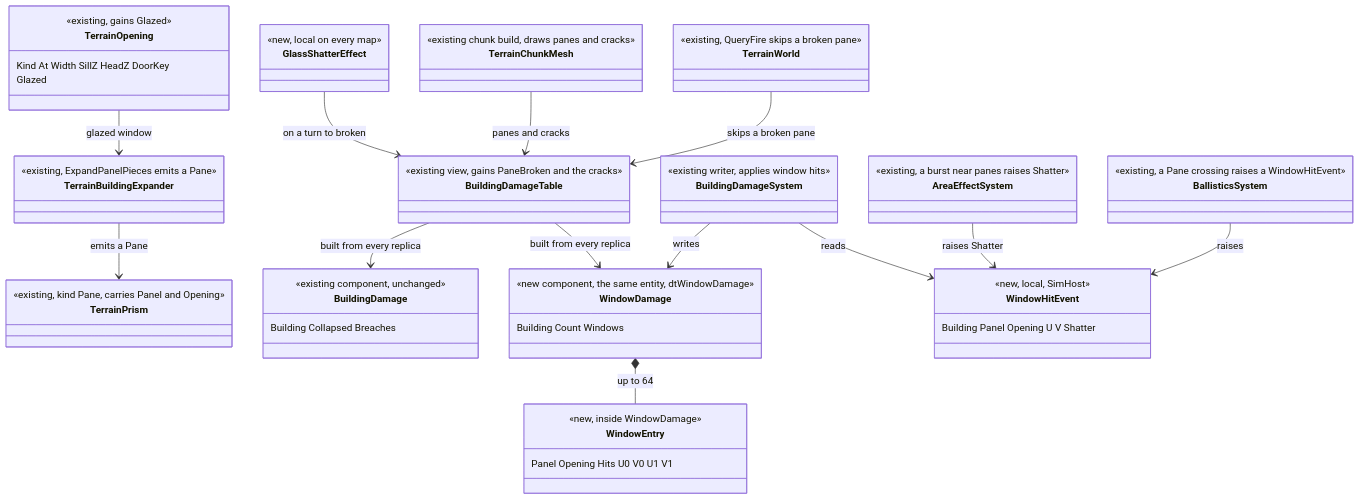
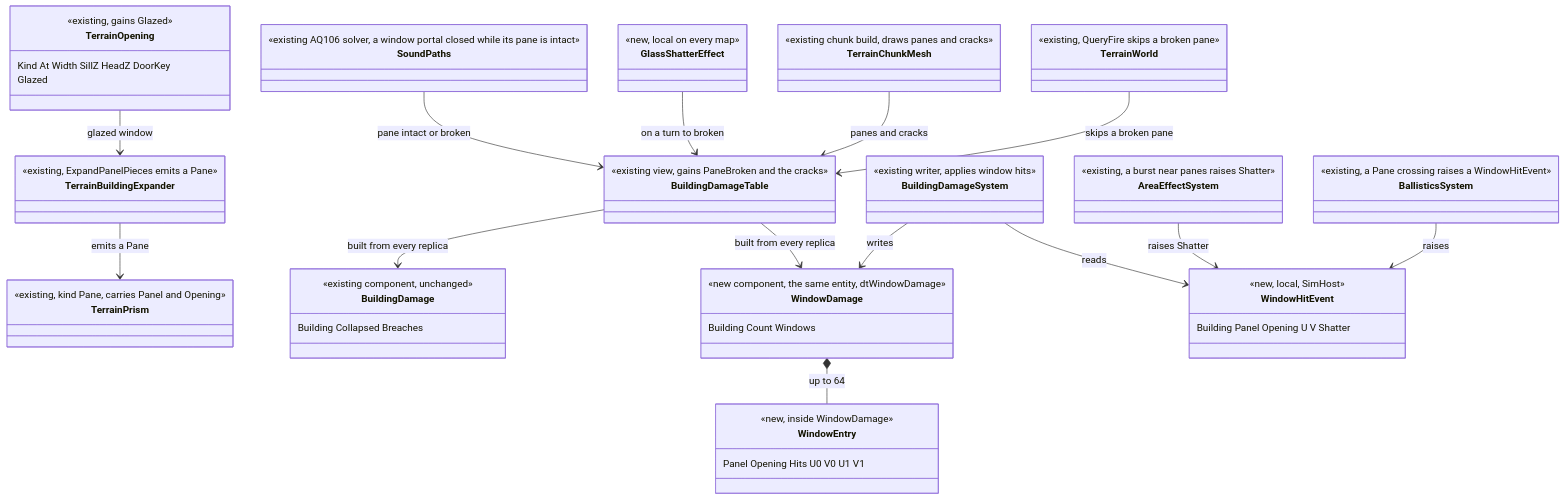
One commit to pjanec/HROT changed the first of 3 diagrams in docs/DESIGN_Glass_Windows.md. Above: the diagram before and after it, drawn with Mermaid. The commit also changed other lines of this file and 1 other file, not shown here.

Commit message:
Glass windows design: stale 'appended' wording fixed in both directions; the AQ106 sound solver in the inventory and the class diagram
Claude-Session: https://claude.ai/code/session_01E3A2brfkiXD6HZ8kAXF9CV

````diff
--- a/docs/DESIGN_Glass_Windows.md
+++ b/docs/DESIGN_Glass_Windows.md
@@ -73,63 +75,67 @@
 ```mermaid
 classDiagram
   class TerrainOpening {
     <<existing, gains Glazed>>
     Kind At Width SillZ HeadZ DoorKey
     Glazed
   }
   class TerrainBuildingExpander {
     <<existing, ExpandPanelPieces emits a Pane>>
   }
   class TerrainPrism {
     <<existing, kind Pane, carries Panel and Opening>>
   }
   class BuildingDamage {
     <<existing component, unchanged>>
     Building Collapsed Breaches
   }
   class WindowDamage {
     <<new component, the same entity, dtWindowDamage>>
     Building Count Windows
   }
   class WindowEntry {
     <<new, inside WindowDamage>>
     Panel Opening Hits U0 V0 U1 V1
   }
   class WindowHitEvent {
     <<new, local, SimHost>>
     Building Panel Opening U V Shatter
   }
   class BallisticsSystem {
     <<existing, a Pane crossing raises a WindowHitEvent>>
   }
   class AreaEffectSystem {
     <<existing, a burst near panes raises Shatter>>
   }
   class BuildingDamageSystem {
     <<existing writer, applies window hits>>
   }
   class BuildingDamageTable {
     <<existing view, gains PaneBroken and the cracks>>
   }
   class TerrainWorld {
     <<existing, QueryFire skips a broken pane>>
   }
   class TerrainChunkMesh {
     <<existing chunk build, draws panes and cracks>>
   }
   class GlassShatterEffect {
     <<new, local on every map>>
   }
+  class SoundPaths {
+    <<existing AQ106 solver, a window portal closed while its pane is intact>>
+  }
   TerrainOpening --> TerrainBuildingExpander : glazed window
   TerrainBuildingExpander --> TerrainPrism : emits a Pane
   BallisticsSystem --> WindowHitEvent : raises
   AreaEffectSystem --> WindowHitEvent : raises Shatter
   BuildingDamageSystem --> WindowHitEvent : reads
   BuildingDamageSystem --> WindowDamage : writes
   WindowDamage *-- WindowEntry : up to 64
   BuildingDamageTable --> BuildingDamage : built from every replica
   BuildingDamageTable --> WindowDamage : built from every replica
   TerrainWorld --> BuildingDamageTable : skips a broken pane
   TerrainChunkMesh --> BuildingDamageTable : panes and cracks
   GlassShatterEffect --> BuildingDamageTable : on a turn to broken
+  SoundPaths --> BuildingDamageTable : pane intact or broken
 ```
````
